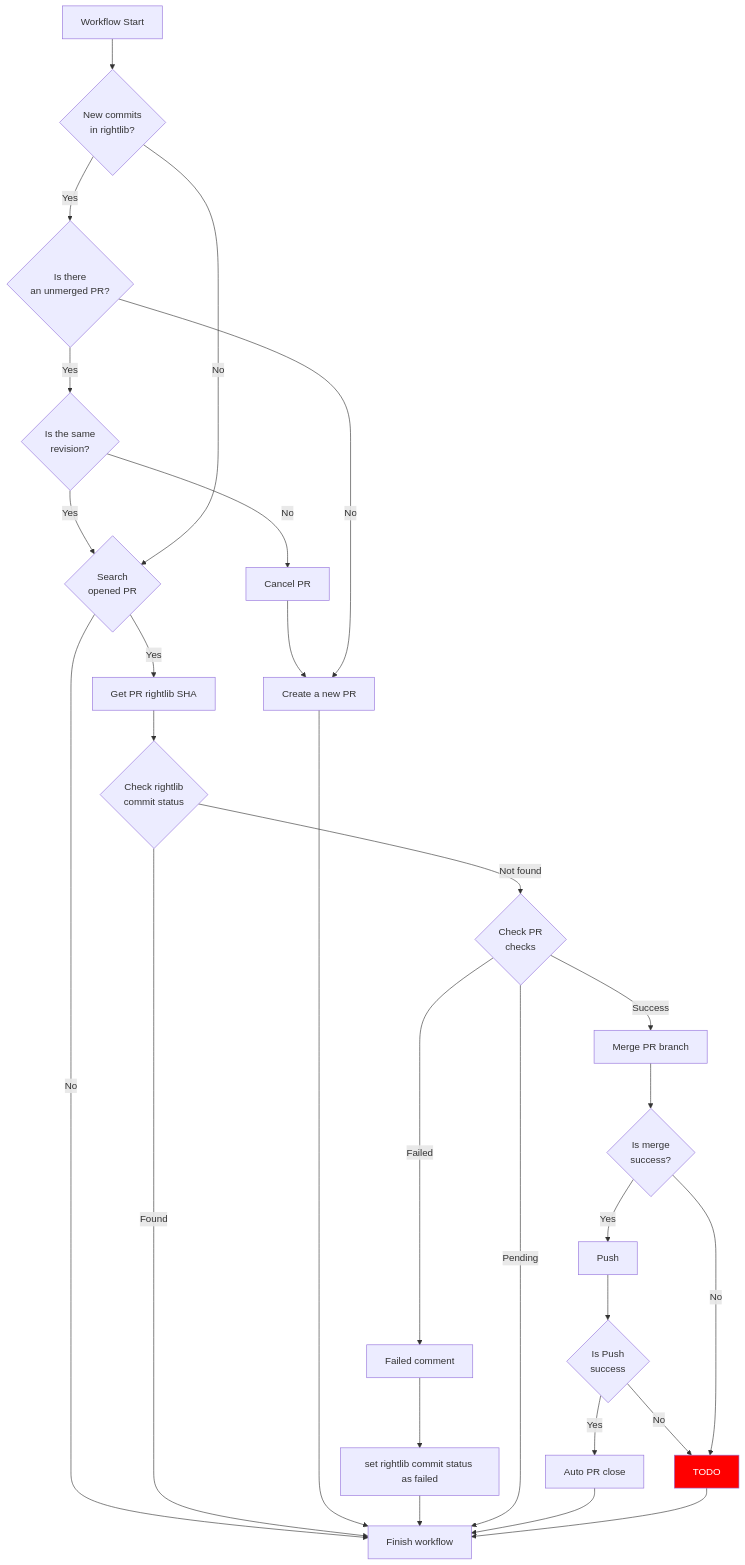
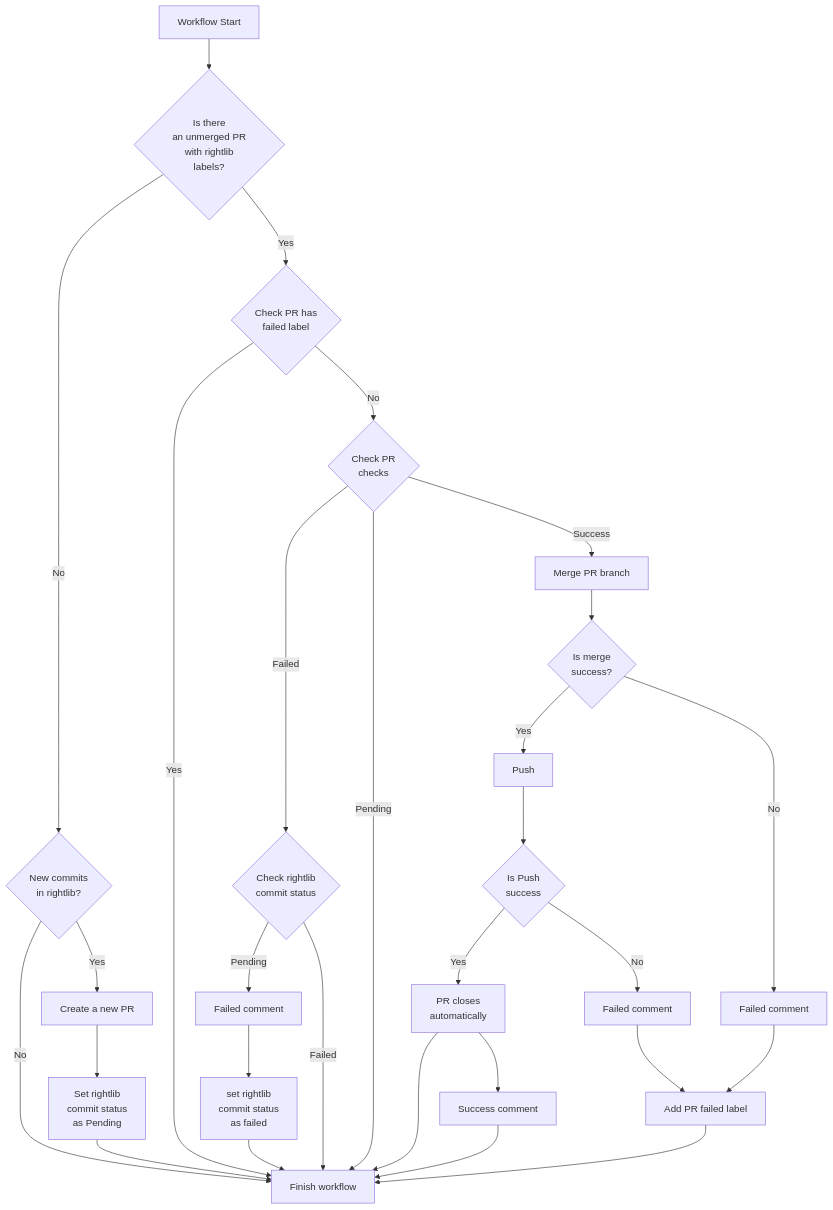
The diagram in ydb/ci/rightlib/flowchart.md (nikitka/ydb), drawn with Mermaid before and after one commit. The commit also changed 1 other file, not shown here.

Commit message:
rightlib wip

````diff
--- a/ydb/ci/rightlib/flowchart.md
+++ b/ydb/ci/rightlib/flowchart.md
@@ -1,36 +1,34 @@
 ```mermaid
 flowchart TB
-style TODO fill:red,color:#fff
-W[Workflow Start] --> CommitCheck{New commits<br>in rightlib?}
+W[Workflow Start] --> CheckExistingPR{Is there<br/>an unmerged PR<br/>with rightlib<br/>labels?}
 
-CommitCheck -->|Yes| CheckExistingPR{Is there<br/>an unmerged PR?}
-CheckExistingPR --> |Yes| CheckRevision{Is the same<br/>revision?}
-CheckRevision --> |No| CancelPRCheck[Cancel PR] --> CreatePR
-CheckRevision --> |Yes| CheckOpenedPR{Search<br/>opened PR}
+CheckExistingPR --> |No| RightlibCommitCheck{New commits<br>in rightlib?}
+    RightlibCommitCheck --> |No| Finish
+    RightlibCommitCheck --> |Yes| CreatePR[Create a new PR]
+        CreatePR --> SetRightlibCommitStatusPending[Set rightlib<br/>commit status<br/> as Pending]
+            SetRightlibCommitStatusPending --> Finish[Finish workflow]
 
-CheckOpenedPR --> |Yes| GetPRRightlibHash[Get PR rightlib SHA]
-CheckOpenedPR --> |No| Finish
-GetPRRightlibHash --> CheckRightHashStatus{Check rightlib<br/>commit status}
-CheckRightHashStatus --> |Not found| CheckPRChecks{Check PR<br/>checks}
-CheckRightHashStatus --> |Found| Finish
+CheckExistingPR --> |Yes| CheckPrFailedLabel{Check PR has<br/>failed label}
+CheckPrFailedLabel --> |Yes| Finish
+CheckPrFailedLabel --> |No| CheckPRChecks{Check PR<br/>checks}
+CheckPRChecks --> |Failed| CheckRightlibCommitStatus{Check rightlib<br/>commit status}
+CheckRightlibCommitStatus --> |Pending| FailedComment[Failed comment]
+FailedComment --> MarkRefCommitAsFailed[set rightlib<br/>commit status<br/> as failed]
+MarkRefCommitAsFailed --> Finish
+CheckRightlibCommitStatus --> |Failed| Finish
 
-CheckExistingPR --> |No| CreatePR[Create a new PR]
-CreatePR --> Finish[Finish workflow]
+CheckPRChecks --> |Pending| Finish
 
-CommitCheck -->|No| CheckOpenedPR
-
-FailedComment --> MarkRefCommitAsFailed[set rightlib commit status as failed]
-
-MarkRefCommitAsFailed --> Finish
-
-CheckPRChecks --> |Failed| FailedComment[Failed comment]
-CheckPRChecks --> |Pending| Finish
 CheckPRChecks --> |Success| MergePR[Merge PR branch]
 MergePR --> IsMergeSuccess{Is merge<br/>success?}
 IsMergeSuccess --> |Yes| Push
 Push --> IsPushSuccess{Is Push<br/>success}
-IsPushSuccess --> |Yes| AutoPRClose[Auto PR close] --> Finish
+IsPushSuccess --> |Yes| AutoPRClose[PR closes<br/>automatically] --> Finish
+AutoPRClose -->  SuccessComment[Success comment] --> Finish
 
-IsPushSuccess --> |No| TODO[TODO] --> Finish
-IsMergeSuccess --> |No| TODO 
+IsMergeSuccess --> |No| FailedMergeComment[Failed comment]
+FailedMergeComment --> AddPrFailedLabel[Add PR failed label]
+IsPushSuccess --> |No| FailedPushComment[Failed comment]
+FailedPushComment  --> AddPrFailedLabel
+AddPrFailedLabel --> Finish
 ```
````
